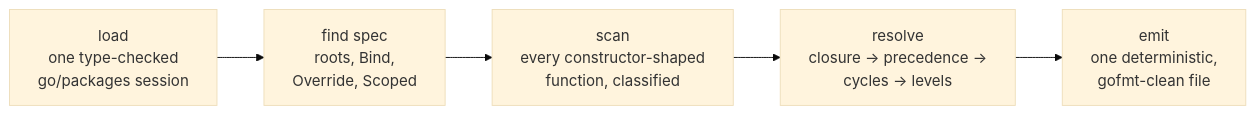
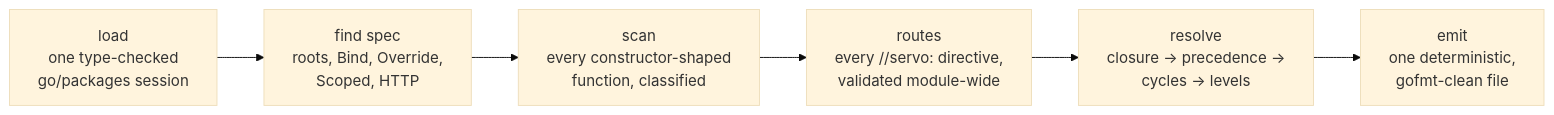
One commit to okian/servo changed the first of 2 diagrams in docs/index.md. Above: the diagram before and after it, drawn with Mermaid (base theme). The commit also changed other lines of this file and 16 other files, not shown here.

Commit message:
Sweep every doc the HTTP feature left stale

````diff
--- a/docs/index.md
+++ b/docs/index.md
@@ -7,10 +7,11 @@
 ```mermaid
 flowchart LR
     L["load<br/>one type-checked<br/>go/packages session"]
-    F["find spec<br/>roots, Bind,<br/>Override, Scoped"]
+    F["find spec<br/>roots, Bind, Override,<br/>Scoped, HTTP"]
     S["scan<br/>every constructor-shaped<br/>function, classified"]
+    RT["routes<br/>every //servo: directive,<br/>validated module-wide"]
     R["resolve<br/>closure → precedence →<br/>cycles → levels"]
     E["emit<br/>one deterministic,<br/>gofmt-clean file"]
 
-    L --> F --> S --> R --> E
+    L --> F --> S --> RT --> R --> E
 ```
````
